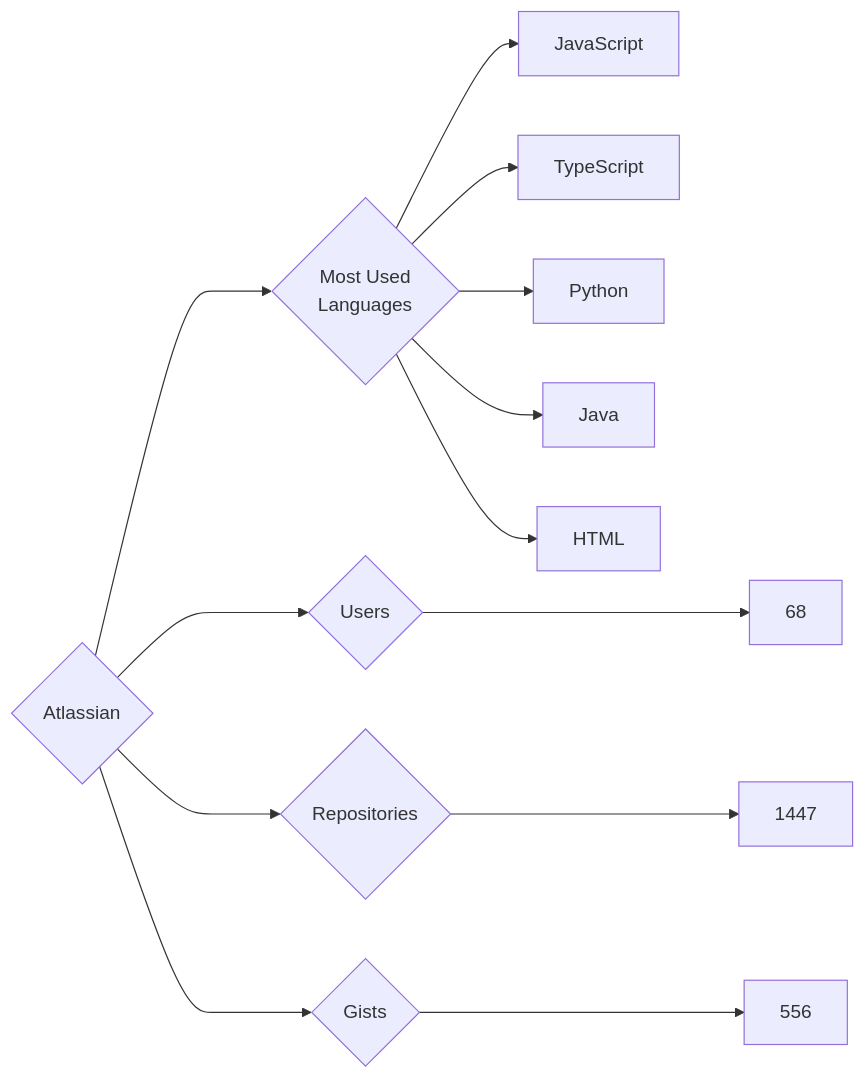
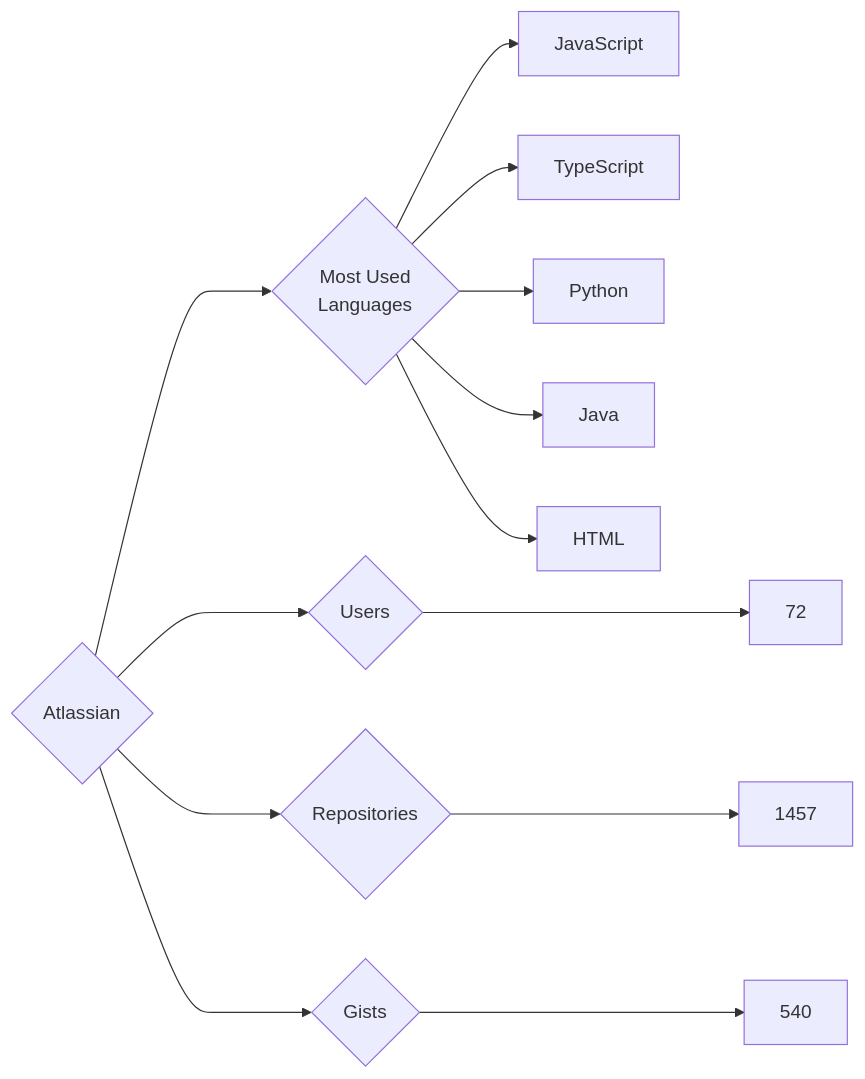
One commit to trickest/insiders changed the diagram in targets/Atlassian/README.md. Above: the diagram before and after it, drawn with Mermaid. The commit also changed 860 other files, not shown here.

````diff
--- a/targets/Atlassian/README.md
+++ b/targets/Atlassian/README.md
@@ -3,13 +3,13 @@
 ```mermaid
 graph LR
 COMPANY_NAME{Atlassian}
-COMPANY_NAME ---> U{Users} ---> UN[68]
-COMPANY_NAME ---> R{Repositories} ---> RN[1447]
-COMPANY_NAME ---> G{Gists} ---> GN[556]
+COMPANY_NAME ---> U{Users} ---> UN[72]
+COMPANY_NAME ---> R{Repositories} ---> RN[1457]
+COMPANY_NAME ---> G{Gists} ---> GN[540]
 COMPANY_NAME ---> ML{Most Used<br>Languages}
 ML --> JavaScript[JavaScript]
 ML --> TypeScript[TypeScript]
 ML --> Python[Python]
 ML --> Java[Java]
 ML --> HTML[HTML]
 ```
````
